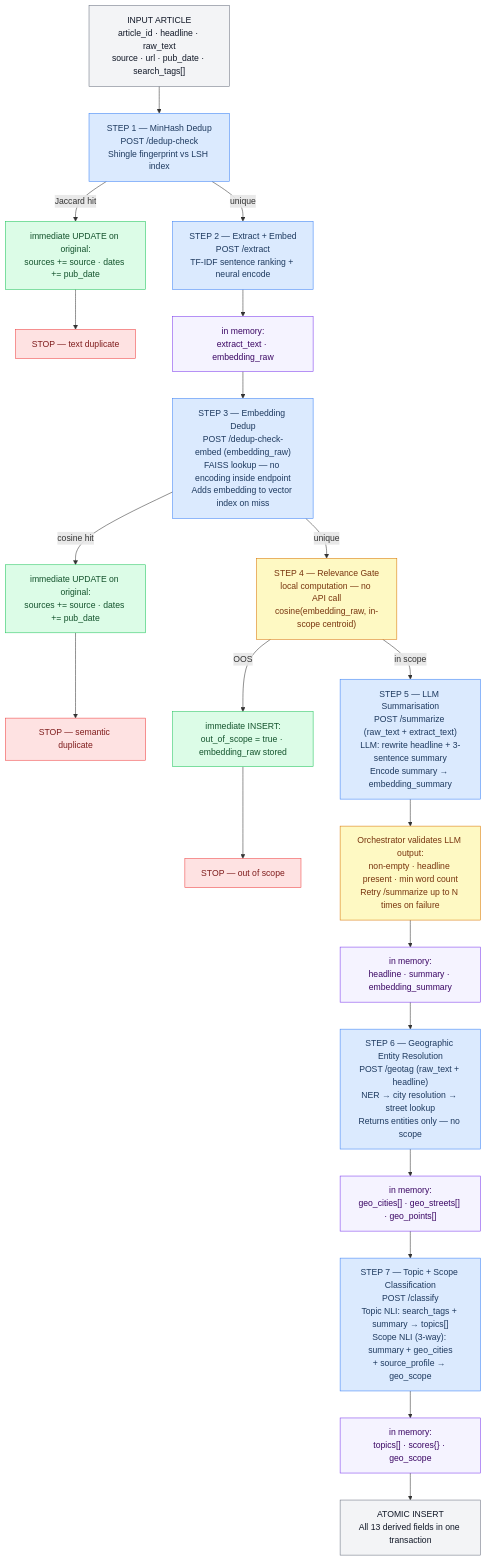
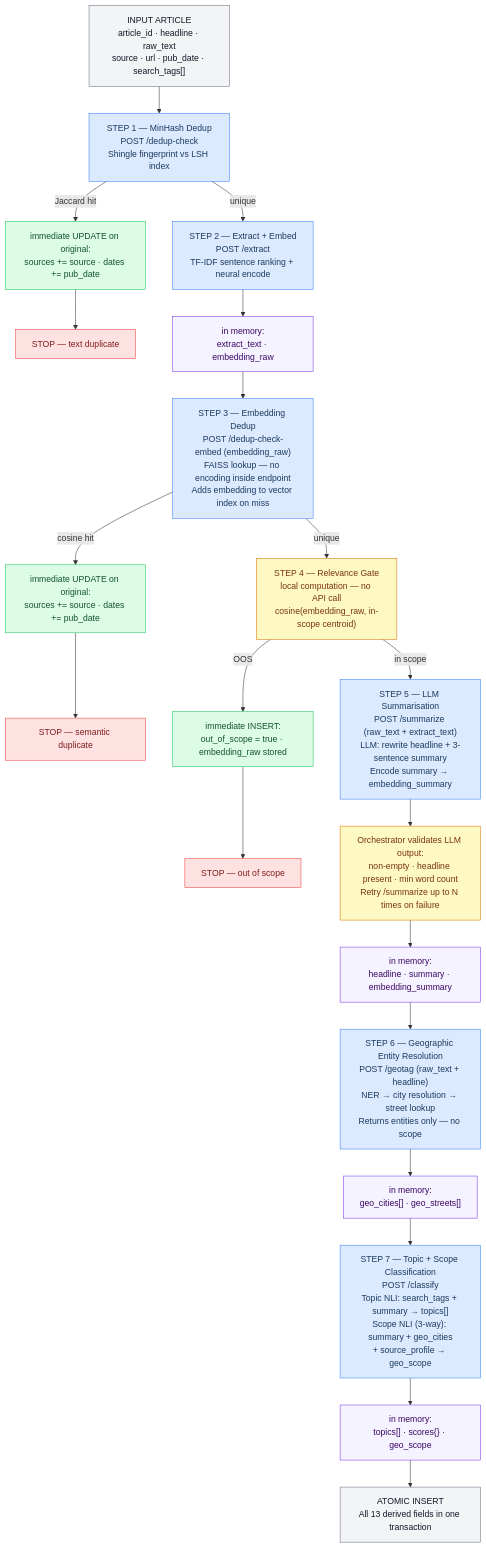
Before and after one commit to alvarodelser/nlp_service: the second of 2 diagrams in SEMINAR_REPORT.md, drawn with Mermaid. The commit also changed other lines of this file and 31 other files, not shown here.

````diff
--- a/SEMINAR_REPORT.md
+++ b/SEMINAR_REPORT.md
@@ -169,46 +179,46 @@
 ```mermaid
 flowchart TD
   classDef step fill:#dbeafe,stroke:#3b82f6,color:#1e3a5f
   classDef writes fill:#dcfce7,stroke:#22c55e,color:#14532d
   classDef stop fill:#fee2e2,stroke:#ef4444,color:#7f1d1d
   classDef gate fill:#fef9c3,stroke:#d97706,color:#78350f
   classDef io fill:#f3f4f6,stroke:#6b7280,color:#111827
   classDef mem fill:#f5f3ff,stroke:#7c3aed,color:#3b0764
 
   INPUT["INPUT ARTICLE\narticle_id · headline · raw_text\nsource · url · pub_date · search_tags[]"]:::io
 
   S1["STEP 1 — MinHash Dedup\nPOST /dedup-check\nShingle fingerprint vs LSH index"]:::step
   W1["immediate UPDATE on original:\nsources += source · dates += pub_date"]:::writes
   STOP1["STOP — text duplicate"]:::stop
 
   S2["STEP 2 — Extract + Embed\nPOST /extract\nTF-IDF sentence ranking + neural encode"]:::step
   MEM2["in memory:\nextract_text · embedding_raw"]:::mem
 
   S3["STEP 3 — Embedding Dedup\nPOST /dedup-check-embed (embedding_raw)\nFAISS lookup — no encoding inside endpoint\nAdds embedding to vector index on miss"]:::step
   W3["immediate UPDATE on original:\nsources += source · dates += pub_date"]:::writes
   STOP3["STOP — semantic duplicate"]:::stop
 
   GATE["STEP 4 — Relevance Gate\nlocal computation — no API call\ncosine(embedding_raw, in-scope centroid)"]:::gate
   W4["immediate INSERT:\nout_of_scope = true · embedding_raw stored"]:::writes
   STOP4["STOP — out of scope"]:::stop
 
   S5["STEP 5 — LLM Summarisation\nPOST /summarize (raw_text + extract_text)\nLLM: rewrite headline + 3-sentence summary\nEncode summary → embedding_summary"]:::step
   VAL["Orchestrator validates LLM output:\nnon-empty · headline present · min word count\nRetry /summarize up to N times on failure"]:::gate
   MEM5["in memory:\nheadline · summary · embedding_summary"]:::mem
 
   S6["STEP 6 — Geographic Entity Resolution\nPOST /geotag (raw_text + headline)\nNER → city resolution → street lookup\nReturns entities only — no scope"]:::step
-  MEM6["in memory:\ngeo_cities[] · geo_streets[] · geo_points[]"]:::mem
+  MEM6["in memory:\ngeo_cities[] · geo_streets[]"]:::mem
 
   S7["STEP 7 — Topic + Scope Classification\nPOST /classify\nTopic NLI: search_tags + summary → topics[]\nScope NLI (3-way): summary + geo_cities\n+ source_profile → geo_scope"]:::step
   MEM7["in memory:\ntopics[] · scores{} · geo_scope"]:::mem
 
   DONE["ATOMIC INSERT\nAll 13 derived fields in one transaction"]:::io
 
   INPUT --> S1
   S1 -->|"Jaccard hit"| W1 --> STOP1
   S1 -->|"unique"| S2 --> MEM2 --> S3
   S3 -->|"cosine hit"| W3 --> STOP3
   S3 -->|"unique"| GATE
   GATE -->|"OOS"| W4 --> STOP4
   GATE -->|"in scope"| S5 --> VAL --> MEM5 --> S6 --> MEM6 --> S7 --> MEM7 --> DONE
 ```
````
